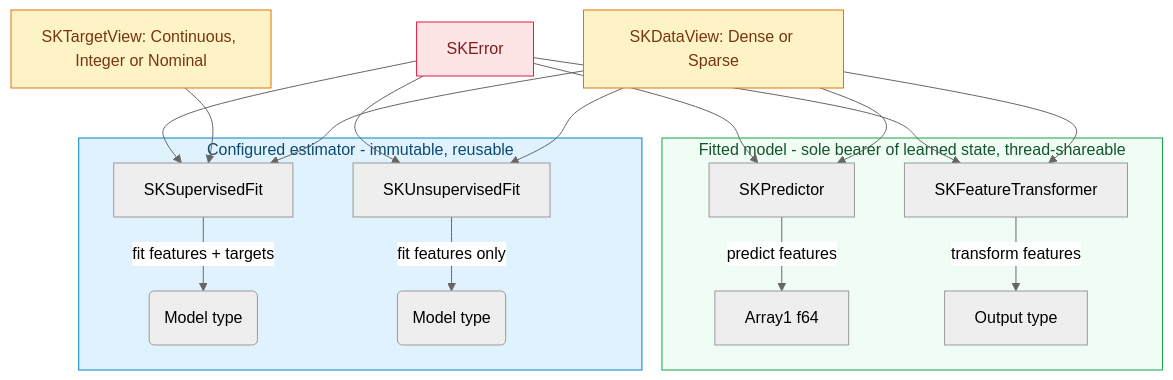
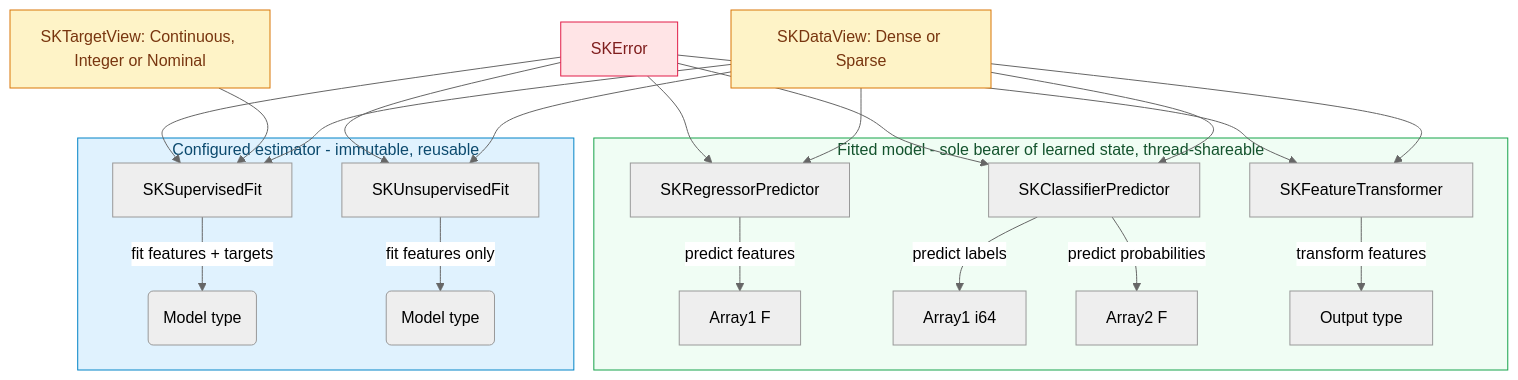
The diagram in docs/src/development-explained/ch02-common-core-contracts.md (neurono-ml/sciencekit), drawn with Mermaid (neutral theme) before and after one commit. The commit also changed other lines of this file and 4 other files, not shown here.

````diff
--- a/docs/src/development-explained/ch02-common-core-contracts.md
+++ b/docs/src/development-explained/ch02-common-core-contracts.md
@@ -561,31 +580,35 @@
 ```mermaid
 flowchart TD
     accTitle: The fit, predict and transform contracts and their shared inputs
-    accDescr: The configured estimator carries SKSupervisedFit and SKUnsupervisedFit, which take features and targets and produce a fitted model. The fitted model carries SKPredictor and SKFeatureTransformer. All of them consume SKDataView and SKTargetView, and all report errors through SKError.
+    accDescr: The configured estimator carries SKSupervisedFit and SKUnsupervisedFit, which take features and targets and produce a fitted model. The fitted model carries SKRegressorPredictor for continuous responses in the model scalar, SKClassifierPredictor for scalar-independent integer labels plus scalar-preserving probabilities, and SKFeatureTransformer. All of them consume SKDataView and SKTargetView, and all report errors through SKError.
     subgraph est[Configured estimator - immutable, reusable]
         SF[SKSupervisedFit] -->|fit features + targets| M1(Model type)
         UF[SKUnsupervisedFit] -->|fit features only| M2(Model type)
     end
 
     subgraph model[Fitted model - sole bearer of learned state, thread-shareable]
-        P[SKPredictor] -->|predict features| OUT[Array1 f64]
+        RP[SKRegressorPredictor] -->|predict features| OUT[Array1 F]
+        CP[SKClassifierPredictor] -->|predict labels| OUTL[Array1 i64]
+        CP -->|predict probabilities| OUTP[Array2 F]
         FT[SKFeatureTransformer] -->|transform features| OUT2[Output type]
     end
 
     DV["SKDataView: Dense or Sparse"] --> SF
     DV --> UF
-    DV --> P
+    DV --> RP
+    DV --> CP
     DV --> FT
     TV["SKTargetView: Continuous, Integer or Nominal"] --> SF
 
     ER[SKError] --> SF
     ER --> UF
-    ER --> P
+    ER --> RP
+    ER --> CP
     ER --> FT
 
     style est fill:#e0f2fe,stroke:#0284c7,color:#0c4a6e
     style model fill:#f0fdf4,stroke:#16a34a,color:#14532d
     style DV fill:#fef3c7,stroke:#d97706,color:#78350f
     style TV fill:#fef3c7,stroke:#d97706,color:#78350f
     style ER fill:#ffe4e6,stroke:#e11d48,color:#7f1d1d
 ```
````
